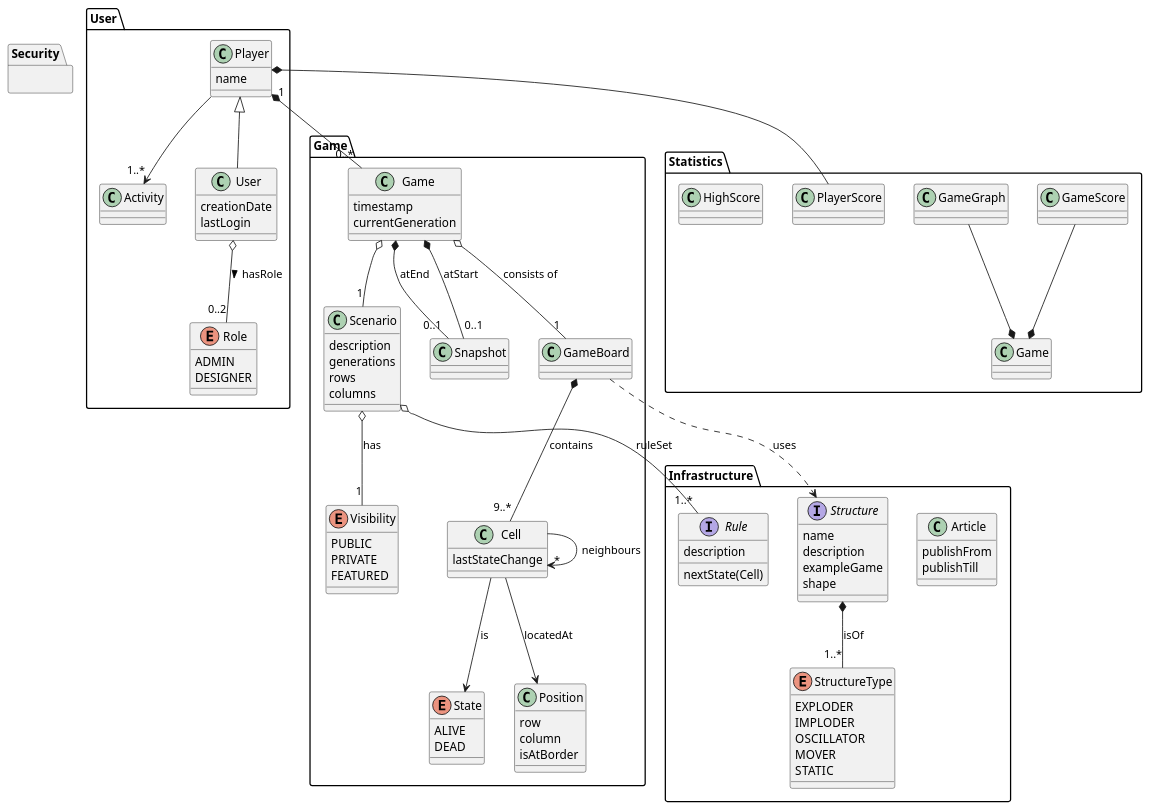
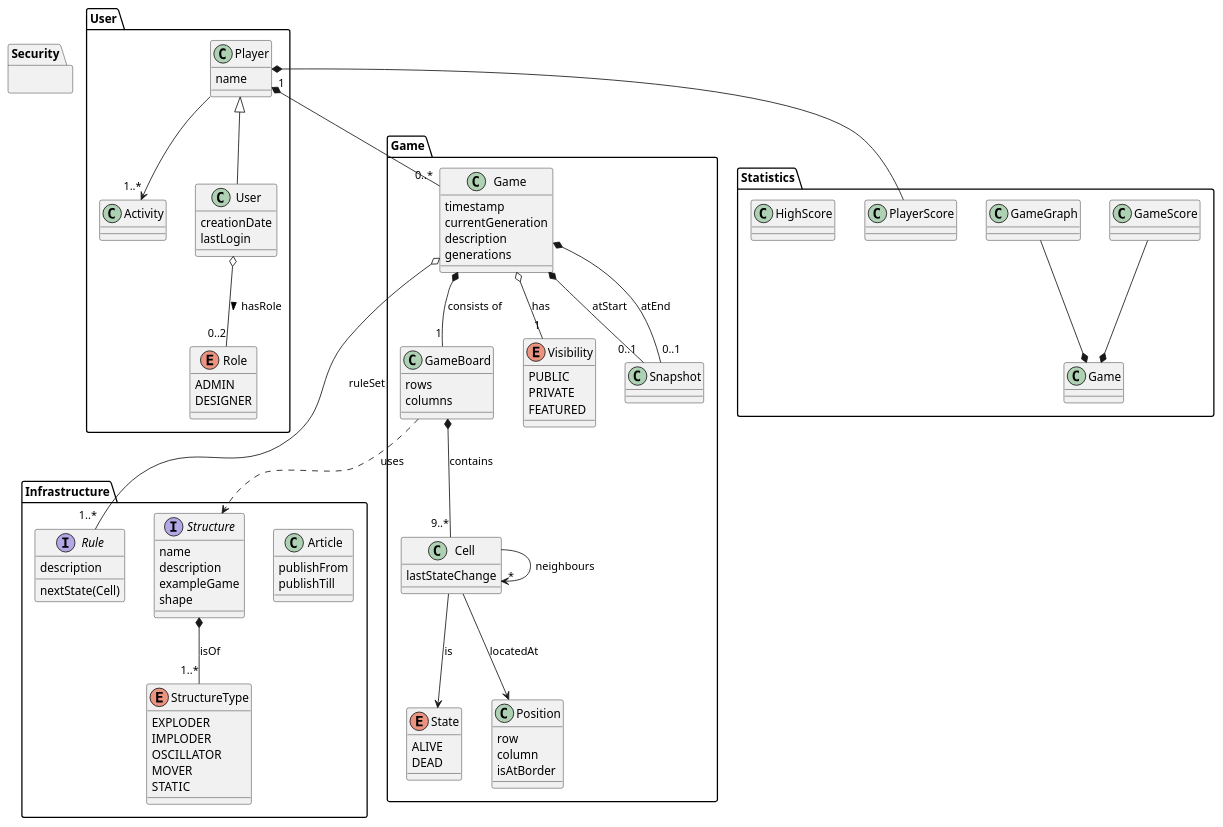
Before and after one commit to ebourbou/GameOfLife: the diagram in design/class.puml, drawn with PlantUML.

Commit message:
class diagramm ohne scenario

```diff
--- a/design/class.puml
+++ b/design/class.puml
@@ -1,112 +1,109 @@
 @startuml
 
 package User{
 
 
     class Player {
         name
     }
 
     class Activity {}
     class User extends Player {
         creationDate
         lastLogin
     }
     enum Role {
         ADMIN
         DESIGNER
     }
     User o-- "0..2" Role : hasRole >
             Player --> "1..*" Activity
 
 
 
 }
 
 package Security {}
 
 package Infrastructure {
     class Article {
         publishFrom
         publishTill
     }
     interface Rule {
         description
         nextState(Cell)
     }
     interface Structure{
         name
         description
         exampleGame
         shape
     }
     enum StructureType {
         EXPLODER
         IMPLODER
         OSCILLATOR
         MOVER
         STATIC
     }
 
     Structure *-- "1..*" StructureType : isOf
 }
 
 
 package Game {
     class Game {
         timestamp
         currentGeneration
+        description
+        generations
     }
     class GameBoard {
+        rows
+        columns
     }
     class Cell {
         lastStateChange
     }
     enum State {
       ALIVE
       DEAD
     }
     class Position {
         row
         column
         isAtBorder
     }
     enum Visibility {
       PUBLIC
       PRIVATE
       FEATURED
     }
     class Snapshot {
     }
-    class Scenario {
-        description
-        generations
-        rows
-        columns
-    }
 
     GameBoard ..> Structure : uses
     GameBoard *-- "9..*" Cell  : contains
-    Game o-- "1" Scenario
-    Game o-- "1" GameBoard : consists of
-    Scenario o-- "1..*" Rule : ruleSet
-    Scenario o-- "1" Visibility : has
+    Game *-- "1" GameBoard : consists of
+    Game o-- "1..*" Rule : ruleSet
+    Game o-- "1" Visibility : has
     Cell --> Position : locatedAt
     Cell --> State : is
     Cell --> "*" Cell : neighbours
 
     Game *-- "0..1"Snapshot : atStart
     Game *-- "0..1"Snapshot : atEnd
     Player "1" *-- "0..*" Game
 }
 
 package Statistics {
     GameScore --* Game
     GameGraph --* Game
     Player *-- PlayerScore
     class HighScore
     class GameGraph
 
 }
 
 @enduml
```
